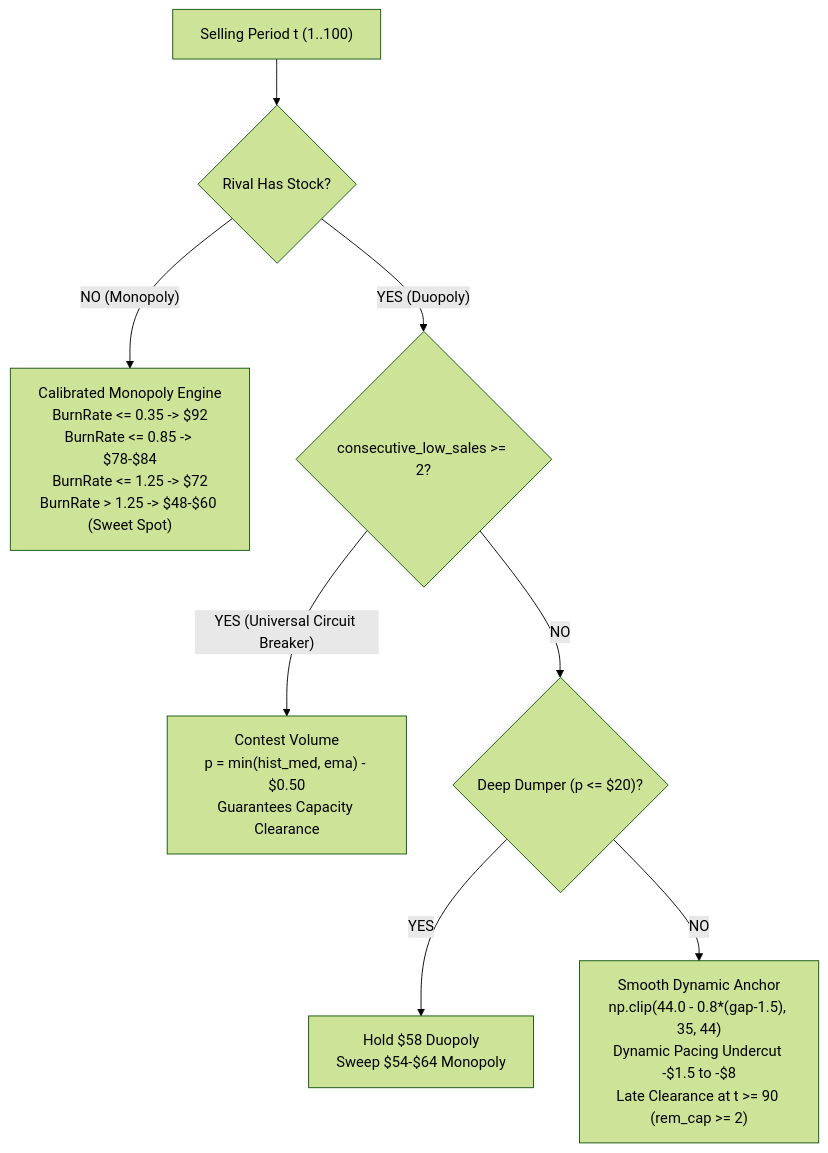
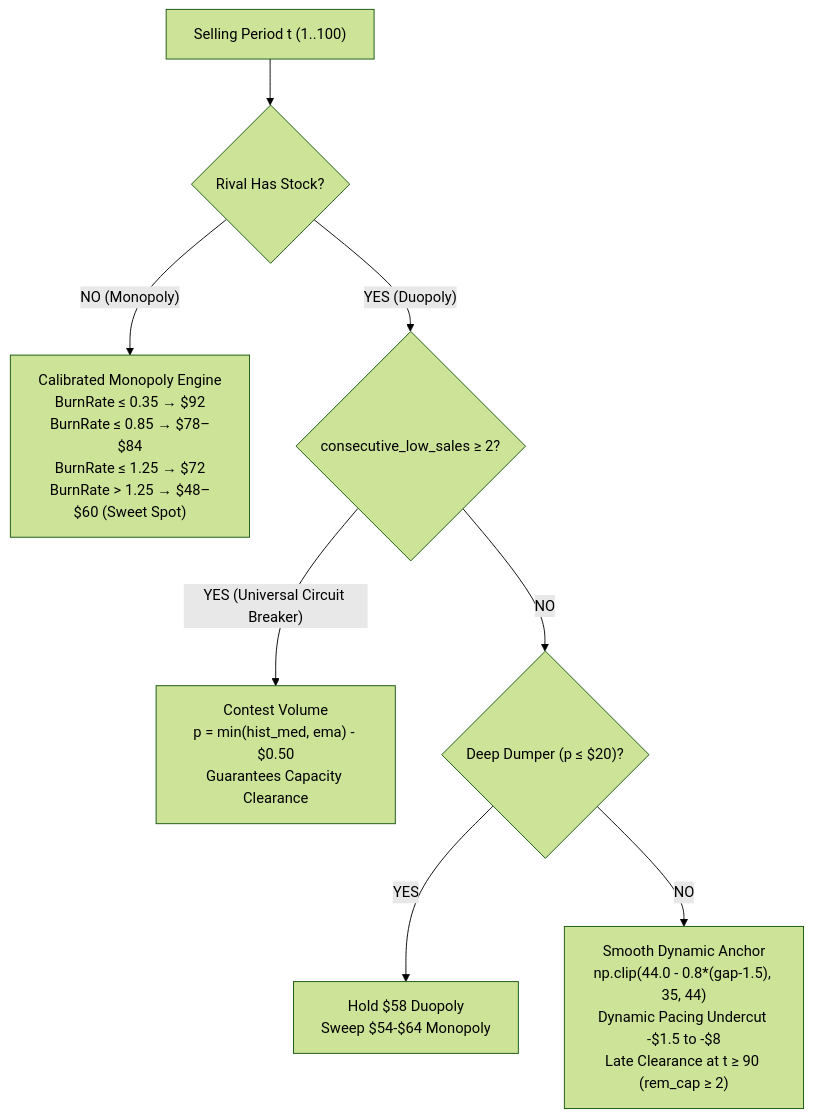
The second of 2 diagrams in ALGORITHM_CHANGES.md (RamezCh/Learning-Optimization), drawn with Mermaid (forest theme) before and after one commit. The commit also changed other lines of this file and 7 other files, not shown here.

````diff
--- a/ALGORITHM_CHANGES.md
+++ b/ALGORITHM_CHANGES.md
@@ -323,15 +352,15 @@
 ```mermaid
 flowchart TD
     Start["Selling Period t (1..100)"] --> Stock{"Rival Has Stock?"}
     
-    Stock -- "NO (Monopoly)" --> MonoEngine["Calibrated Monopoly Engine<br>BurnRate <= 0.35 -> $92<br>BurnRate <= 0.85 -> $78-$84<br>BurnRate <= 1.25 -> $72<br>BurnRate > 1.25 -> $48-$60 (Sweet Spot)"]
+    Stock -- "NO (Monopoly)" --> MonoEngine["Calibrated Monopoly Engine<br/>BurnRate ≤ 0.35 → $92<br/>BurnRate ≤ 0.85 → $78–$84<br/>BurnRate ≤ 1.25 → $72<br/>BurnRate > 1.25 → $48–$60 (Sweet Spot)"]
     
-    Stock -- "YES (Duopoly)" --> CB{"consecutive_low_sales >= 2?"}
+    Stock -- "YES (Duopoly)" --> CB{"consecutive_low_sales ≥ 2?"}
     
-    CB -- "YES (Universal Circuit Breaker)" --> BreakDeadlock["Contest Volume<br>p = min(hist_med, ema) - $0.50<br>Guarantees Capacity Clearance"]
+    CB -- "YES (Universal Circuit Breaker)" --> BreakDeadlock["Contest Volume<br/>p = min(hist_med, ema) - $0.50<br/>Guarantees Capacity Clearance"]
     
-    CB -- "NO" --> Dumper{"Deep Dumper (p <= $20)?"}
+    CB -- "NO" --> Dumper{"Deep Dumper (p ≤ $20)?"}
     
-    Dumper -- "YES" --> DeepDumperHoldout["Hold $58 Duopoly<br>Sweep $54-$64 Monopoly"]
-    Dumper -- "NO" --> SmoothAnchor["Smooth Dynamic Anchor<br>np.clip(44.0 - 0.8*(gap-1.5), 35, 44)<br>Dynamic Pacing Undercut -$1.5 to -$8<br>Late Clearance at t >= 90 (rem_cap >= 2)"]
+    Dumper -- "YES" --> DeepDumperHoldout["Hold $58 Duopoly<br/>Sweep $54-$64 Monopoly"]
+    Dumper -- "NO" --> SmoothAnchor["Smooth Dynamic Anchor<br/>np.clip(44.0 - 0.8*(gap-1.5), 35, 44)<br/>Dynamic Pacing Undercut -$1.5 to -$8<br/>Late Clearance at t ≥ 90 (rem_cap ≥ 2)"]
 ```
````
